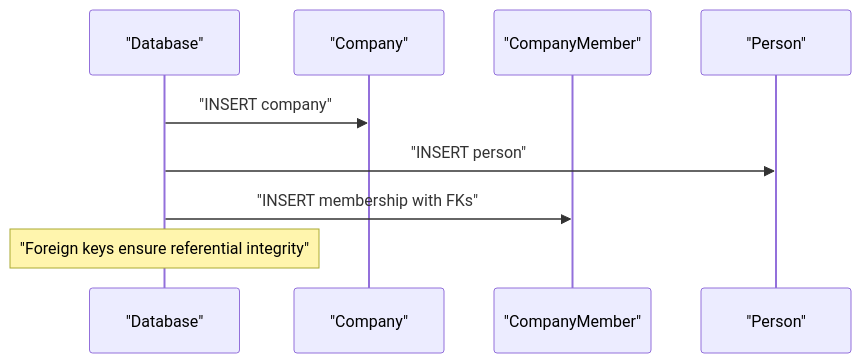
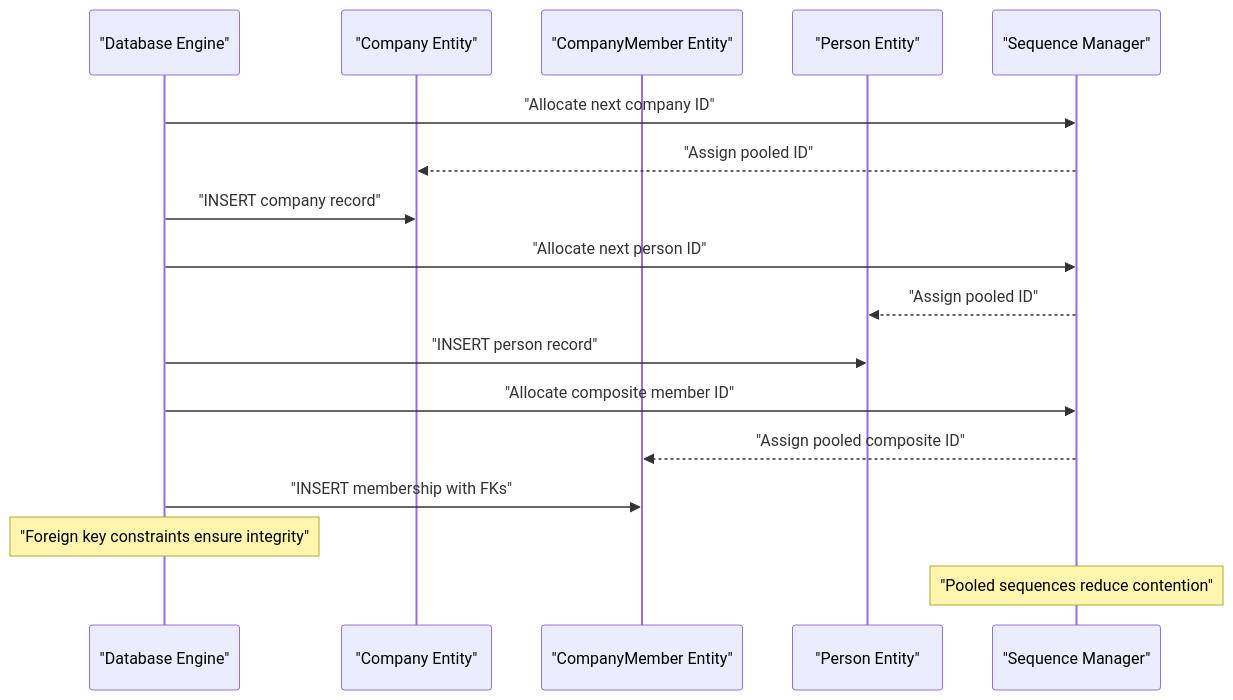
Before and after one commit to effinrich/rh-nx-monorepo: the ninth of 11 diagrams in .qoder/repowiki/en/content/Data Management.md, drawn with Mermaid. The commit also changed other lines of this file and 130 other files, not shown here.

````diff
--- a/.qoder/repowiki/en/content/Data Management.md
+++ b/.qoder/repowiki/en/content/Data Management.md
@@ -362,11 +513,19 @@
 ```mermaid
 sequenceDiagram
-participant DB as "Database"
-participant Comp as "Company"
-participant Mem as "CompanyMember"
-participant Per as "Person"
-DB->>Comp : "INSERT company"
-DB->>Per : "INSERT person"
-DB->>Mem : "INSERT membership with FKs"
-Note over DB : "Foreign keys ensure referential integrity"
+participant DB as "Database Engine"
+participant Company as "Company Entity"
+participant Member as "CompanyMember Entity"
+participant Person as "Person Entity"
+participant Seq as "Sequence Manager"
+DB->>Seq : "Allocate next company ID"
+Seq-->>Company : "Assign pooled ID"
+DB->>Company : "INSERT company record"
+DB->>Seq : "Allocate next person ID"
+Seq-->>Person : "Assign pooled ID"
+DB->>Person : "INSERT person record"
+DB->>Seq : "Allocate composite member ID"
+Seq-->>Member : "Assign pooled composite ID"
+DB->>Member : "INSERT membership with FKs"
+Note over DB : "Foreign key constraints ensure integrity"
+Note over Seq : "Pooled sequences reduce contention"
 ```
````
